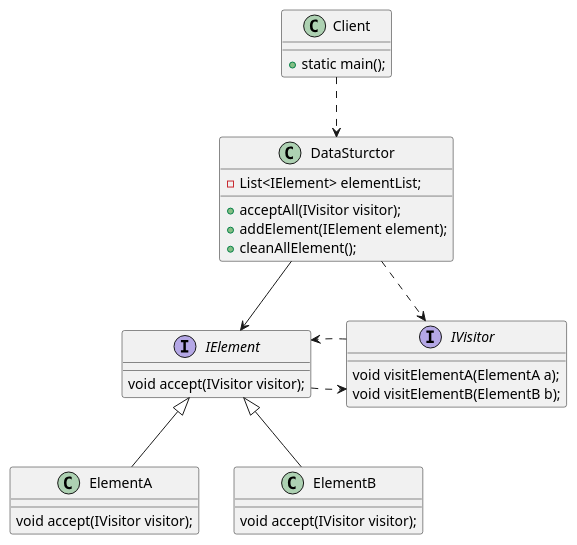
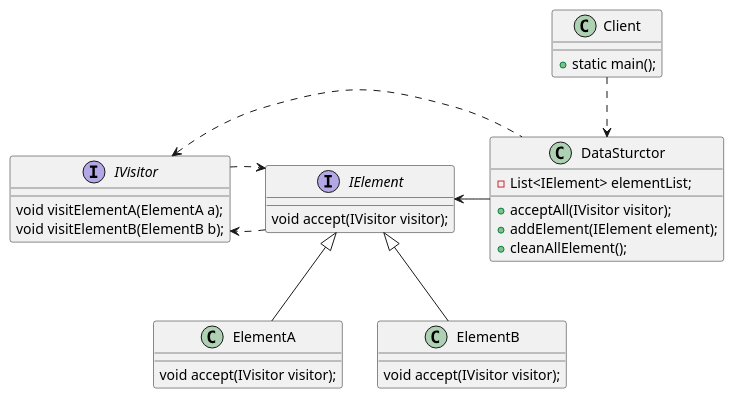
One commit to caoyali/BooksCodeDemo changed the first of 5 diagrams in 23Pattern/app/src/main/java/com/example/pattern/VisitorPattern/VisitorPattern1.md. Above: the diagram before and after it, drawn with PlantUML. The commit also changed other lines of this file and 8 other files, not shown here.

````diff
--- a/23Pattern/app/src/main/java/com/example/pattern/VisitorPattern/VisitorPattern1.md
+++ b/23Pattern/app/src/main/java/com/example/pattern/VisitorPattern/VisitorPattern1.md
@@ -4,37 +6,37 @@
 ```puml
 interface IVisitor{
     void visitElementA(ElementA a);
     void visitElementB(ElementB b);
 }
 interface IElement{
     void accept(IVisitor visitor);
 }
 
 class ElementA{
     void accept(IVisitor visitor);
 }
 ElementA -up-|> IElement
 
 class ElementB{
     void accept(IVisitor visitor);
 }
 ElementB -up-|> IElement
 
 IElement .right.> IVisitor
 IVisitor ..> IElement
 
 class DataSturctor{
     - List<IElement> elementList;
     + acceptAll(IVisitor visitor);
     + addElement(IElement element);
     + cleanAllElement();
 }
-DataSturctor -right-> IElement
-DataSturctor ..> IVisitor
 
 class Client{
     + static main();
 }
 Client .down.> DataSturctor
+DataSturctor -left-> IElement
+DataSturctor .left.> IVisitor
 
 ```
````
